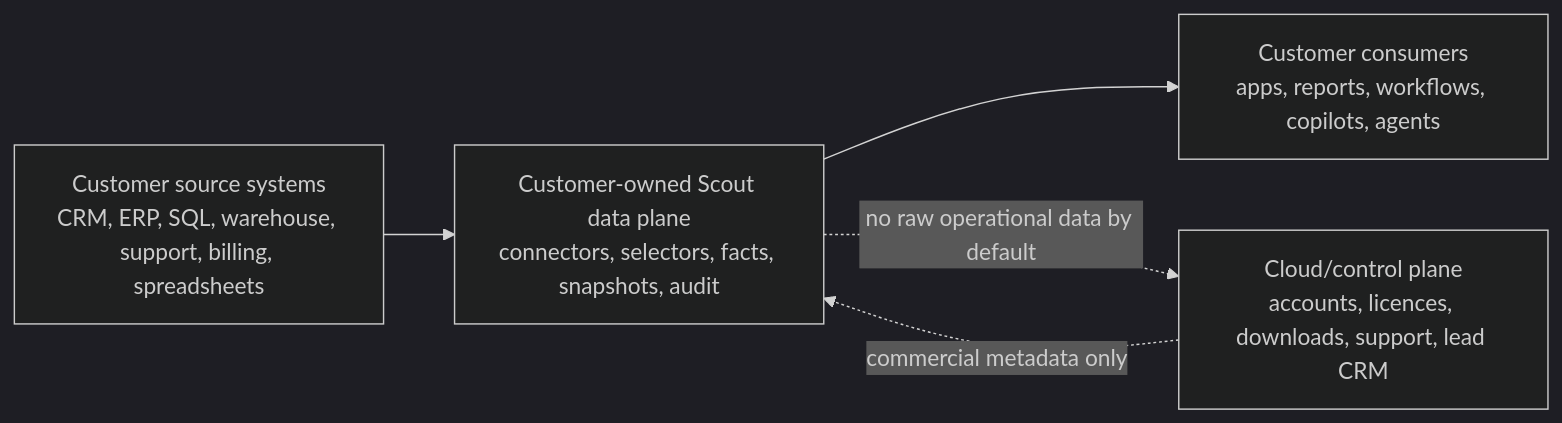
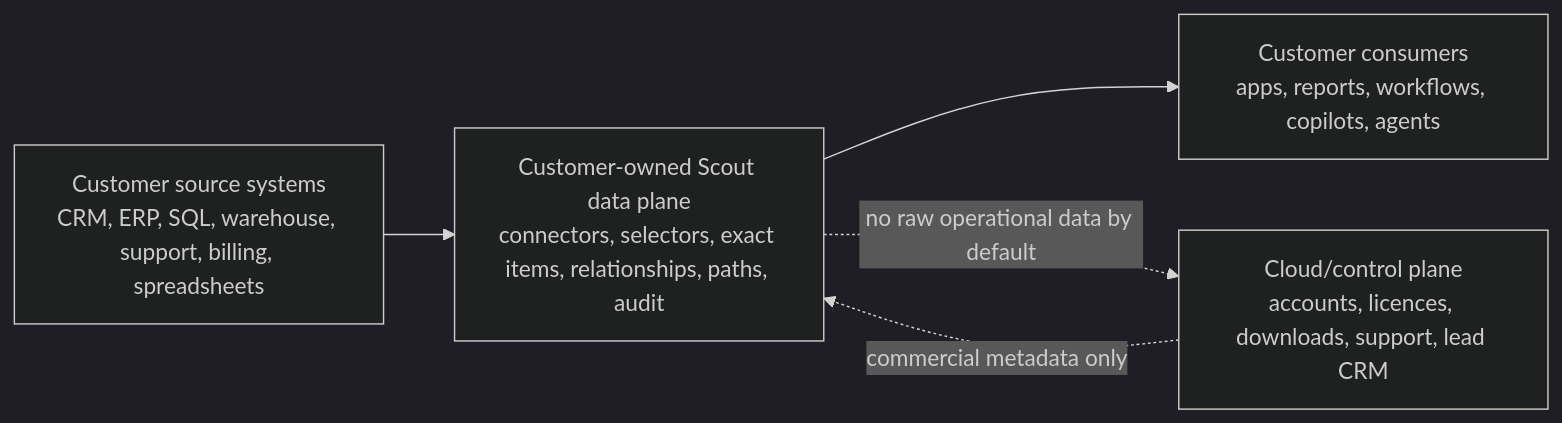
Before and after one commit to PaulJMaddison/scout: the diagram in docs/paid-pilot-proof-package.md, drawn with Mermaid (dark theme). The commit also changed other lines of this file and 25 other files, not shown here.

````diff
--- a/docs/paid-pilot-proof-package.md
+++ b/docs/paid-pilot-proof-package.md
@@ -56,7 +56,7 @@
 ```mermaid
 flowchart LR
-    A["Customer source systems<br/>CRM, ERP, SQL, warehouse, support, billing, spreadsheets"] --> B["Customer-owned Scout data plane<br/>connectors, selectors, facts, snapshots, audit"]
+    A["Customer source systems<br/>CRM, ERP, SQL, warehouse, support, billing, spreadsheets"] --> B["Customer-owned Scout data plane<br/>connectors, selectors, exact items, relationships, paths, audit"]
     B --> C["Customer consumers<br/>apps, reports, workflows, copilots, agents"]
     D["Cloud/control plane<br/>accounts, licences, downloads, support, lead CRM"] -. "commercial metadata only" .-> B
     B -. "no raw operational data by default" .-> D
 ```
````
